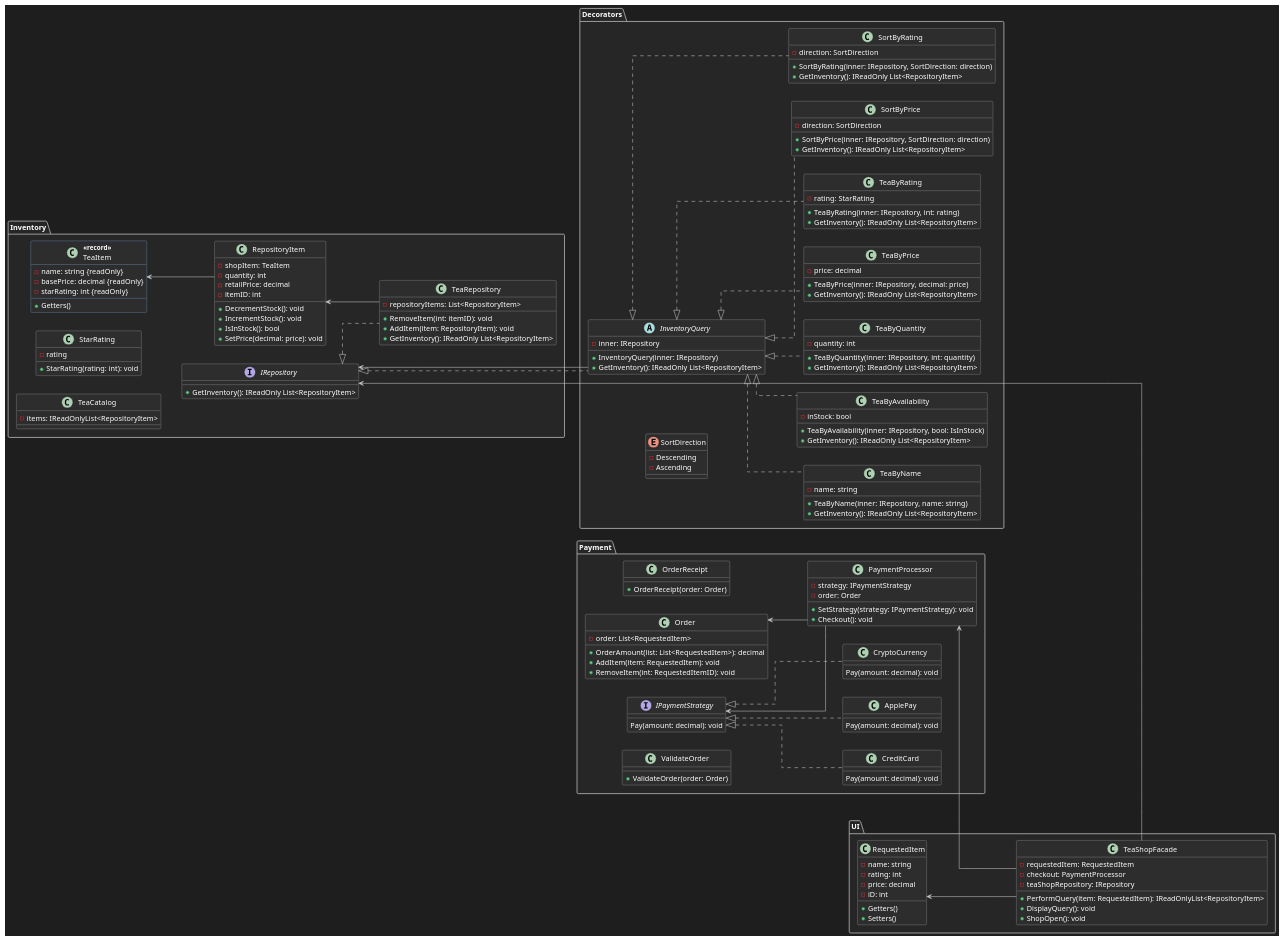
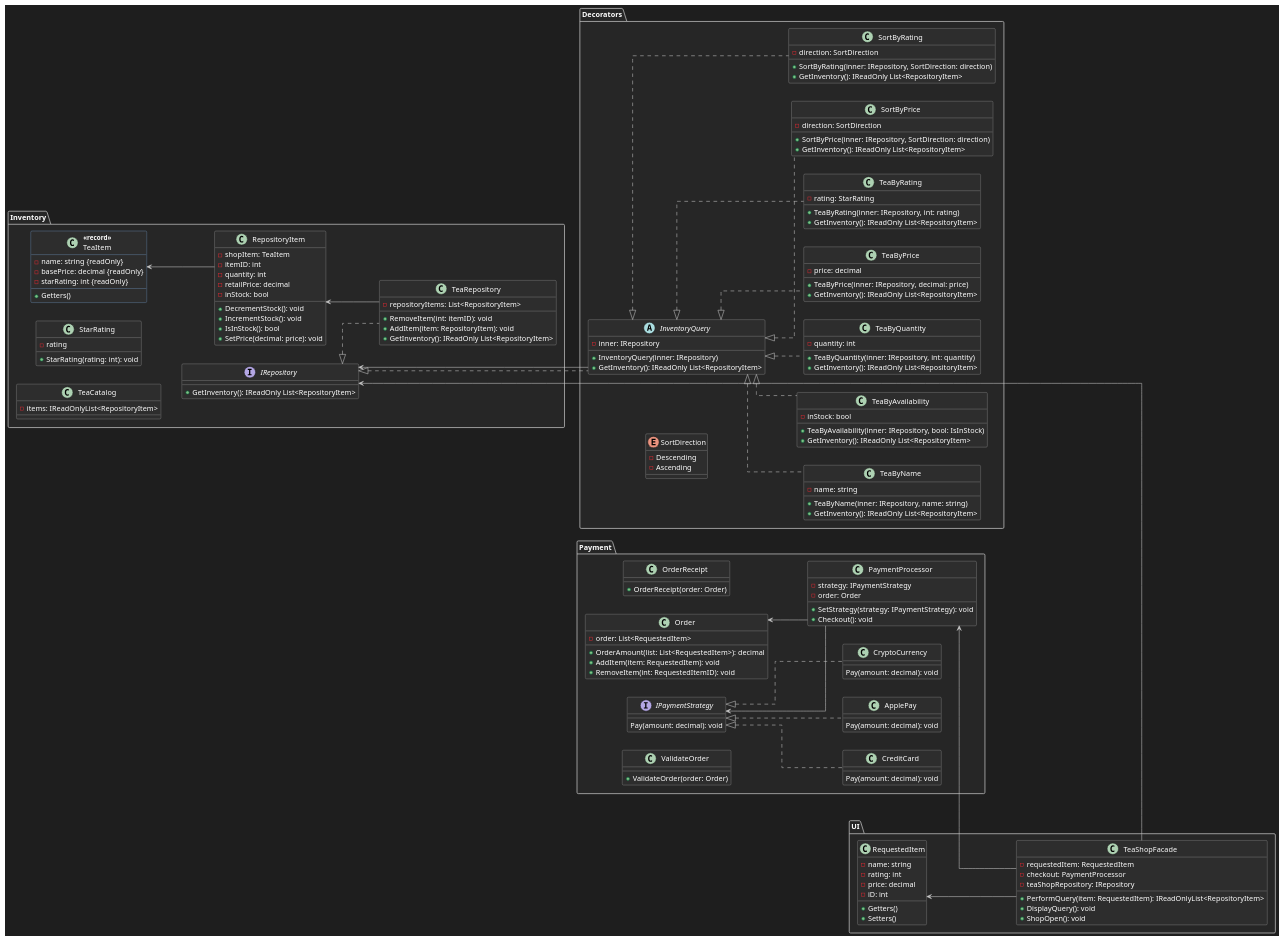
Before and after one commit to Oddwyer/SWE4743_OOD_Assignments: the diagram in tea-shoppe/TeaShoppe/docs/design.puml, drawn with PlantUML. The commit also changed 9 other files, not shown here.

```diff
--- a/tea-shoppe/TeaShoppe/docs/design.puml
+++ b/tea-shoppe/TeaShoppe/docs/design.puml
@@ -58,9 +58,10 @@
 
 class RepositoryItem{
 - shopItem: TeaItem
+- itemID: int
 - quantity: int
 - retailPrice: decimal
-- itemID: int
+- inStock: bool
 + DecrementStock(): void
 + IncrementStock(): void
 + IsInStock(): bool
```
